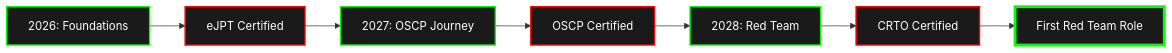
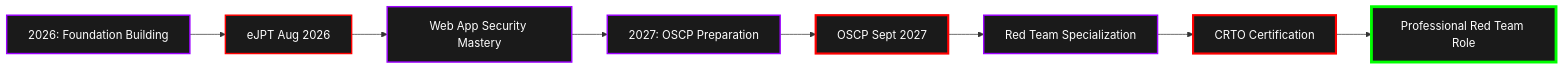
Before and after one commit to ananalim/ananalim: the diagram in README.md, drawn with Mermaid. The commit also changed other lines of this file, not shown here.

````diff
--- a/README.md
+++ b/README.md
@@ -182,17 +125,19 @@
 ```mermaid
 graph LR
-    A[2026: Foundations] --> B[eJPT Certified]
-    B --> C[2027: OSCP Journey]
-    C --> D[OSCP Certified]
-    D --> E[2028: Red Team]
-    E --> F[CRTO Certified]
-    F --> G[First Red Team Role]
+    A[2026: Foundation Building] --> B[eJPT Aug 2026]
+    B --> C[Web App Security Mastery]
+    C --> D[2027: OSCP Preparation]
+    D --> E[OSCP Sept 2027]
+    E --> F[Red Team Specialization]
+    F --> G[CRTO Certification]
+    G --> H[Professional Red Team Role]
     
-    style A fill:#1a1a1a,stroke:#00ff00,stroke-width:2px,color:#fff
+    style A fill:#1a1a1a,stroke:#9d00ff,stroke-width:2px,color:#fff
     style B fill:#1a1a1a,stroke:#ff0000,stroke-width:2px,color:#fff
-    style C fill:#1a1a1a,stroke:#00ff00,stroke-width:2px,color:#fff
-    style D fill:#1a1a1a,stroke:#ff0000,stroke-width:2px,color:#fff
-    style E fill:#1a1a1a,stroke:#00ff00,stroke-width:2px,color:#fff
-    style F fill:#1a1a1a,stroke:#ff0000,stroke-width:2px,color:#fff
-    style G fill:#1a1a1a,stroke:#00ff00,stroke-width:4px,color:#fff
+    style C fill:#1a1a1a,stroke:#9d00ff,stroke-width:2px,color:#fff
+    style D fill:#1a1a1a,stroke:#9d00ff,stroke-width:2px,color:#fff
+    style E fill:#1a1a1a,stroke:#ff0000,stroke-width:3px,color:#fff
+    style F fill:#1a1a1a,stroke:#9d00ff,stroke-width:2px,color:#fff
+    style G fill:#1a1a1a,stroke:#ff0000,stroke-width:3px,color:#fff
+    style H fill:#1a1a1a,stroke:#00ff00,stroke-width:4px,color:#fff
 ```
````
